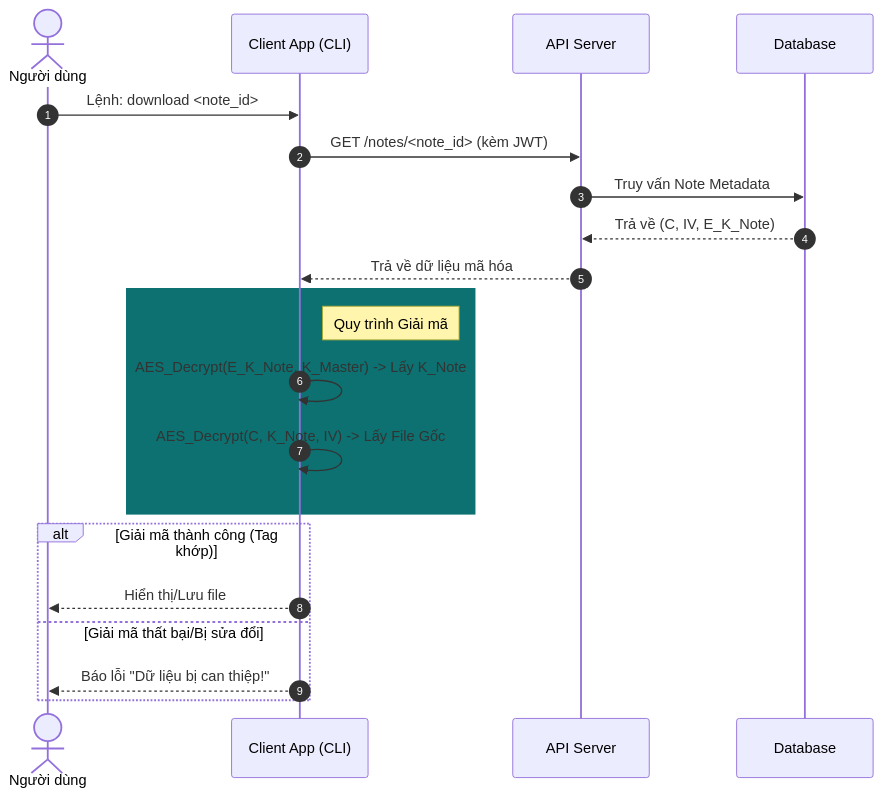
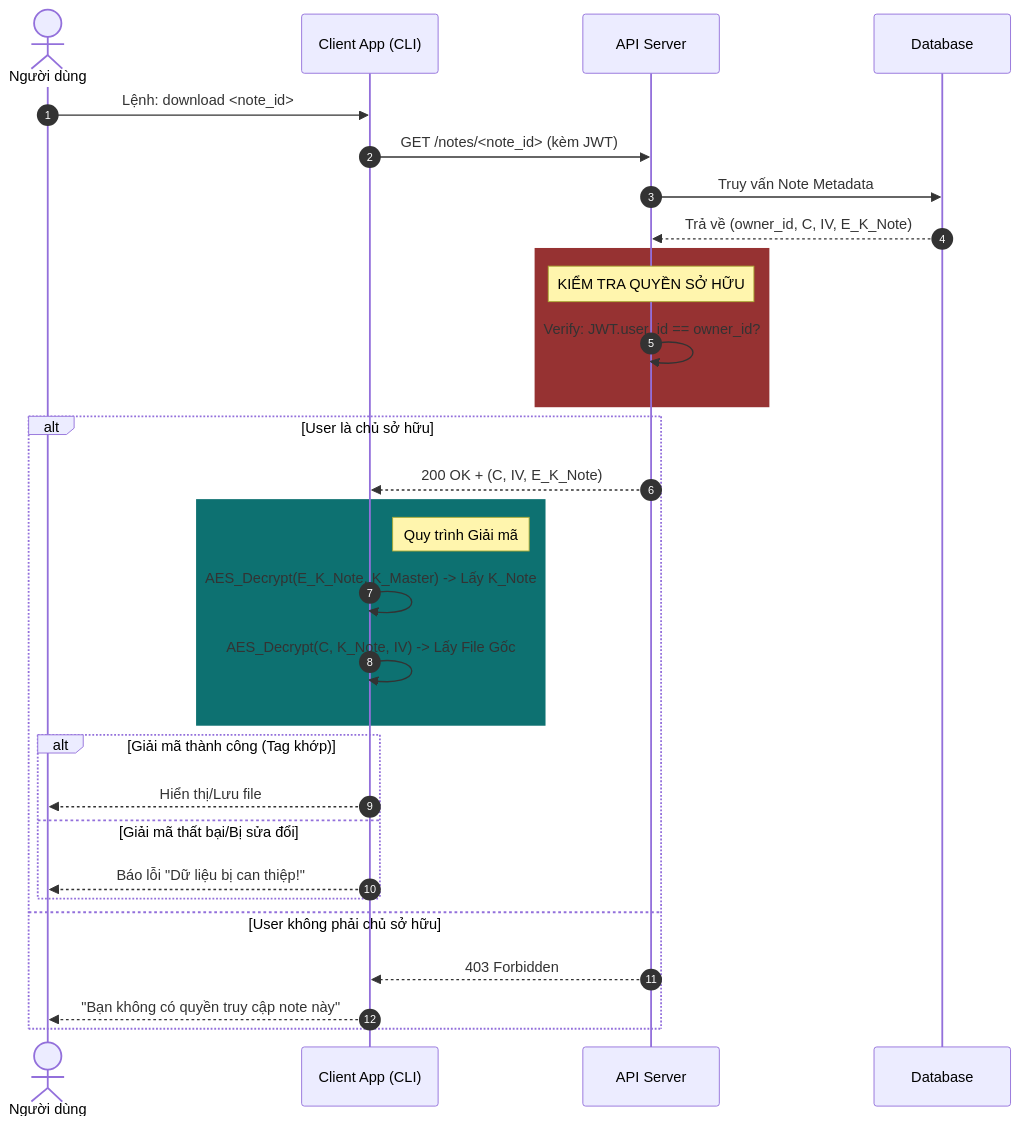
One commit to nguyenhoclaptrinh/CSC15005-NMMHMM-lab02 changed the diagram in docs/downloadnote.md. Above: the diagram before and after it, drawn with Mermaid. The commit also changed 1 other file, not shown here.

````diff
--- a/docs/downloadnote.md
+++ b/docs/downloadnote.md
@@ -1,26 +1,39 @@
 ```mermaid
 sequenceDiagram
     autonumber
     actor User as Người dùng
     participant Client as Client App (CLI)
     participant Server as API Server
     participant DB as Database
 
     User->>Client: Lệnh: download <note_id>
     Client->>Server: GET /notes/<note_id> (kèm JWT)
+    
     Server->>DB: Truy vấn Note Metadata
-    DB-->>Server: Trả về (C, IV, E_K_Note)
-    Server-->>Client: Trả về dữ liệu mã hóa
+    DB-->>Server: Trả về (owner_id, C, IV, E_K_Note)
     
-    rect rgba(13, 113, 113, 1)
-    note right of Client: Quy trình Giải mã
-    Client->>Client: AES_Decrypt(E_K_Note, K_Master) -> Lấy K_Note
-    Client->>Client: AES_Decrypt(C, K_Note, IV) -> Lấy File Gốc
+    rect rgba(150, 50, 50, 1)
+    Note over Server: KIỂM TRA QUYỀN SỞ HỮU
+    Server->>Server: Verify: JWT.user_id == owner_id?
     end
     
-    alt Giải mã thành công (Tag khớp)
-        Client-->>User: Hiển thị/Lưu file
-    else Giải mã thất bại/Bị sửa đổi
-        Client-->>User: Báo lỗi "Dữ liệu bị can thiệp!"
+    alt User là chủ sở hữu
+        Server-->>Client: 200 OK + (C, IV, E_K_Note)
+        
+        rect rgba(13, 113, 113, 1)
+        note right of Client: Quy trình Giải mã
+        Client->>Client: AES_Decrypt(E_K_Note, K_Master) -> Lấy K_Note
+        Client->>Client: AES_Decrypt(C, K_Note, IV) -> Lấy File Gốc
+        end
+        
+        alt Giải mã thành công (Tag khớp)
+            Client-->>User: Hiển thị/Lưu file
+        else Giải mã thất bại/Bị sửa đổi
+            Client-->>User: Báo lỗi "Dữ liệu bị can thiệp!"
+        end
+        
+    else User không phải chủ sở hữu
+        Server-->>Client: 403 Forbidden
+        Client-->>User: "Bạn không có quyền truy cập note này"
     end
 ```
````
